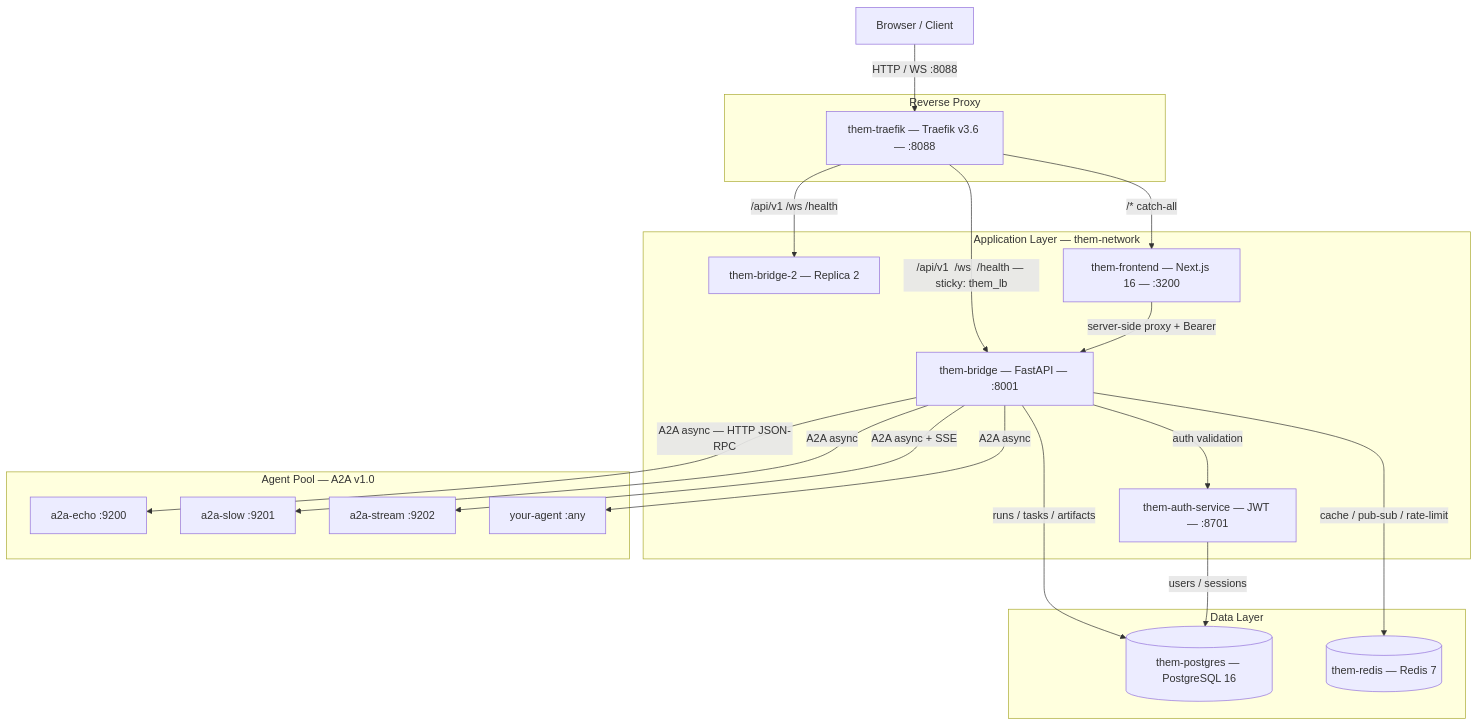
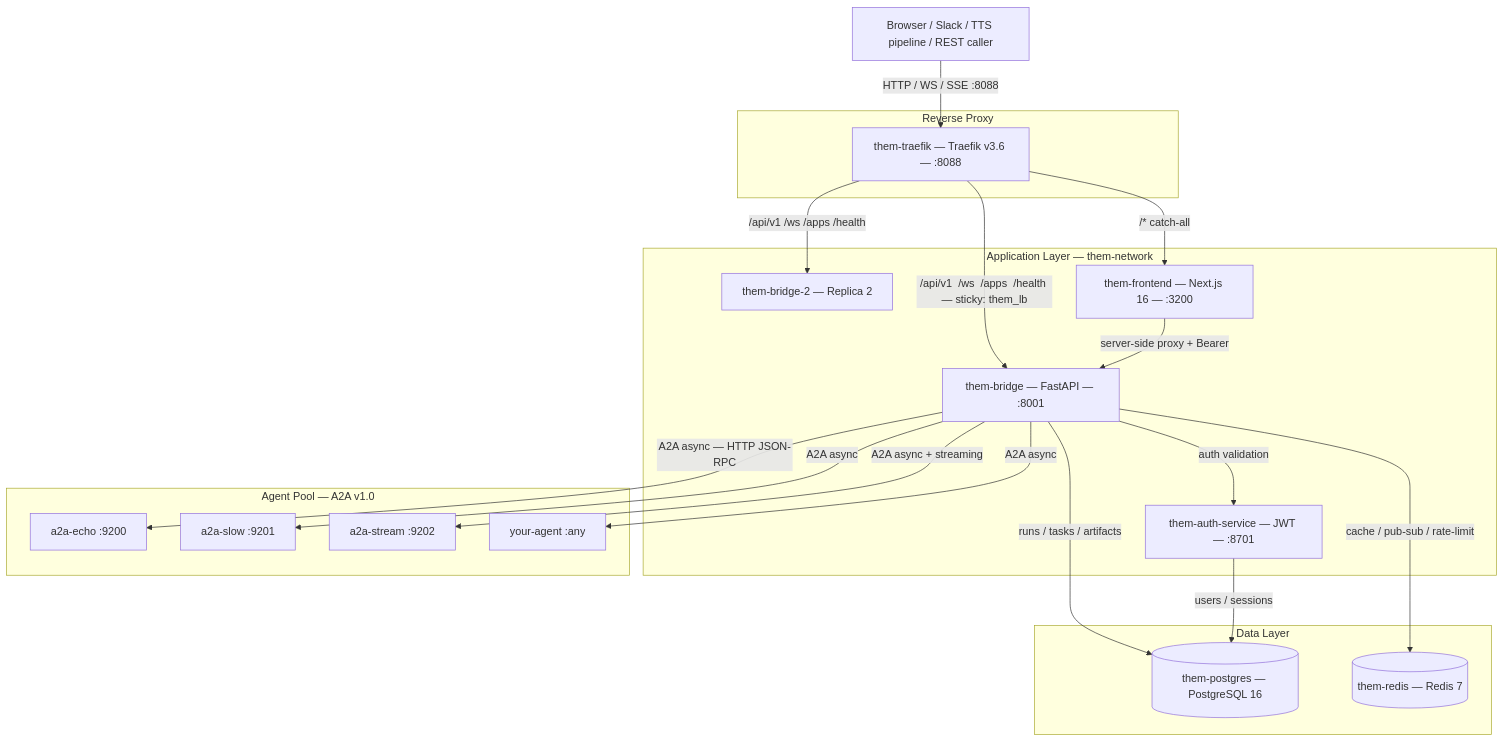
The diagram in README.md (aviciot/theM), drawn with Mermaid before and after one commit. The commit also changed other lines of this file, not shown here.

First line of the commit message:
docs: polish README — align with SSE edge and current platform state

````diff
--- a/README.md
+++ b/README.md
@@ -29,43 +29,43 @@
 ```mermaid
 graph TD
-    Browser["Browser / Client"]
+    Client["Browser / Slack / TTS pipeline / REST caller"]
 
     subgraph Proxy["Reverse Proxy"]
         Traefik["them-traefik — Traefik v3.6 — :8088"]
     end
 
     subgraph App["Application Layer — them-network"]
         Bridge["them-bridge — FastAPI — :8001"]
         Bridge2["them-bridge-2 — Replica 2"]
         Auth["them-auth-service — JWT — :8701"]
         Frontend["them-frontend — Next.js 16 — :3200"]
     end
 
     subgraph Data["Data Layer"]
         PG[("them-postgres — PostgreSQL 16")]
         Redis[("them-redis — Redis 7")]
     end
 
     subgraph Agents["Agent Pool — A2A v1.0"]
         Echo["a2a-echo :9200"]
         Slow["a2a-slow :9201"]
         Stream["a2a-stream :9202"]
         Custom["your-agent :any"]
     end
 
-    Browser -->|"HTTP / WS  :8088"| Traefik
-    Traefik -->|"/api/v1  /ws  /health — sticky: them_lb"| Bridge
-    Traefik -->|"/api/v1  /ws  /health"| Bridge2
+    Client -->|"HTTP / WS / SSE  :8088"| Traefik
+    Traefik -->|"/api/v1  /ws  /apps  /health — sticky: them_lb"| Bridge
+    Traefik -->|"/api/v1  /ws  /apps  /health"| Bridge2
     Traefik -->|"/* catch-all"| Frontend
 
     Frontend -->|"server-side proxy + Bearer"| Bridge
     Bridge -->|"auth validation"| Auth
     Bridge -->|"runs / tasks / artifacts"| PG
     Bridge -->|"cache / pub-sub / rate-limit"| Redis
     Auth -->|"users / sessions"| PG
 
     Bridge -->|"A2A async — HTTP JSON-RPC"| Echo
     Bridge -->|"A2A async"| Slow
-    Bridge -->|"A2A async + SSE"| Stream
+    Bridge -->|"A2A async + streaming"| Stream
     Bridge -->|"A2A async"| Custom
 ```
````
